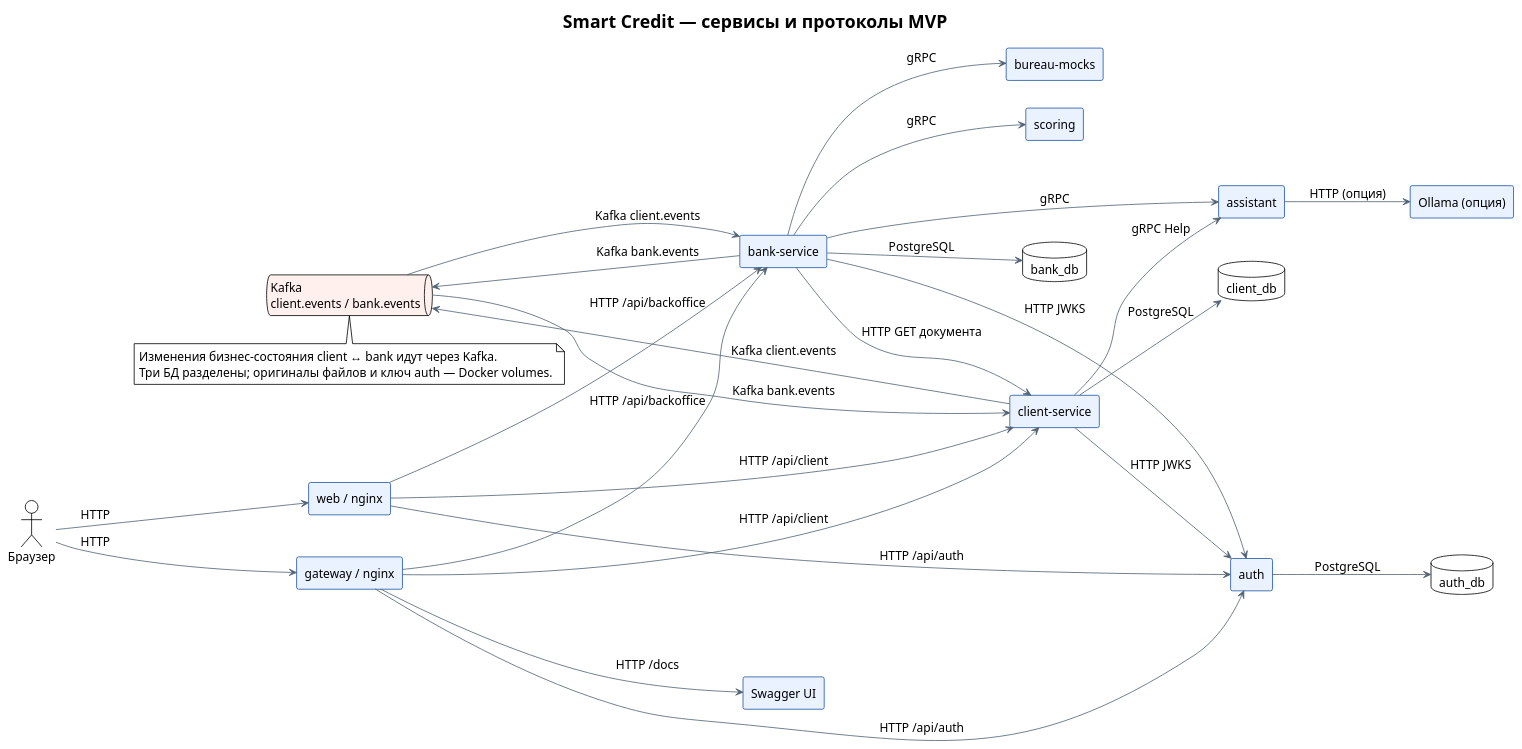
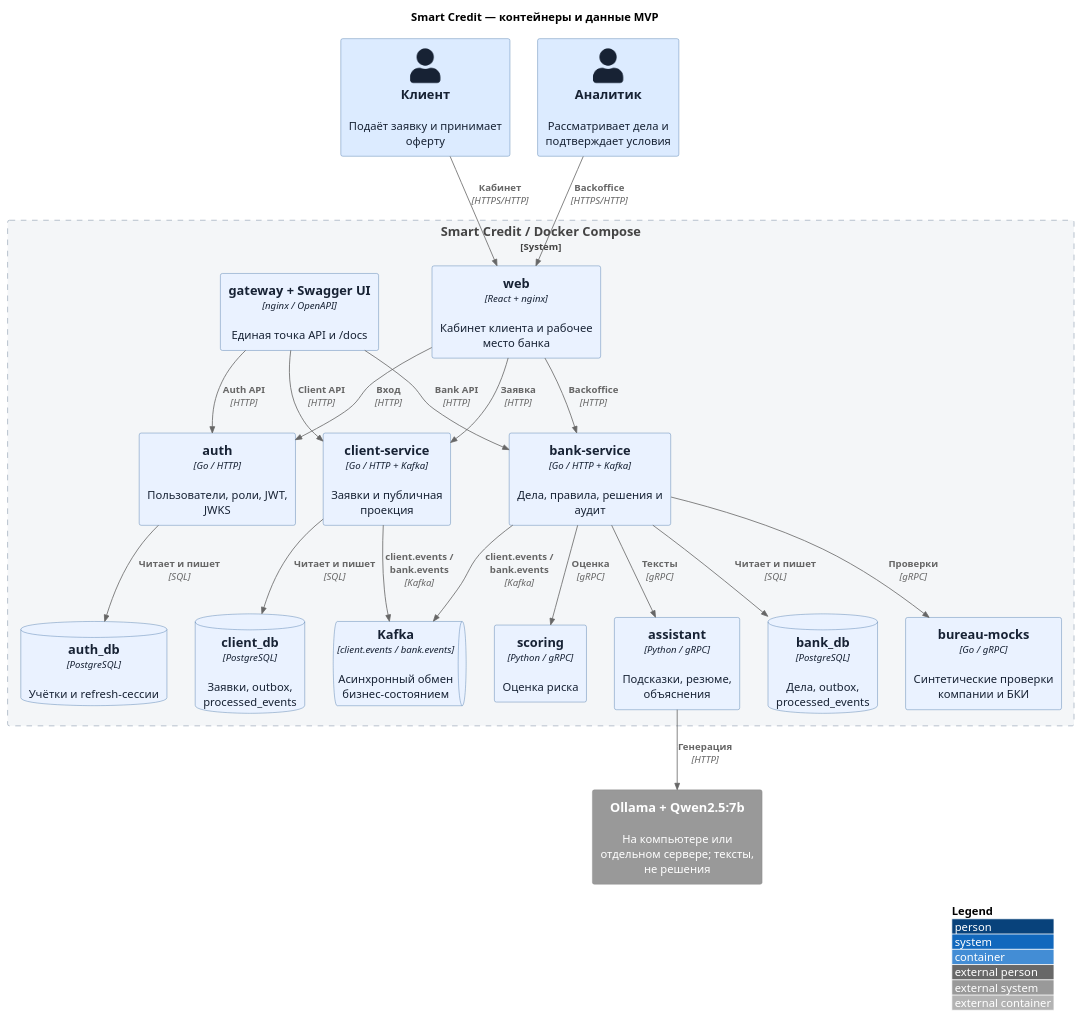
The diagram in docs/diagrams/architecture.puml (kry4onok/smart-credit), drawn with PlantUML before and after one commit. The commit also changed 26 other files, not shown here.

Commit message:
docs: rebuild project diagrams with PlantUML and clarify Ollama setup

```diff
--- a/docs/diagrams/architecture.puml
+++ b/docs/diagrams/architecture.puml
@@ -1,62 +1,52 @@
-@startuml architecture
-!theme plain
-left to right direction
-skinparam backgroundColor #FFFFFF
-skinparam shadowing false
-skinparam defaultFontName Arial
-skinparam defaultFontSize 15
-skinparam componentStyle rectangle
-skinparam componentBackgroundColor #EAF2FF
-skinparam componentBorderColor #2055A2
-skinparam databaseBackgroundColor #FFFFFF
-skinparam queueBackgroundColor #FFF0EE
-skinparam ArrowColor #506174
-hide stereotype
-title Smart Credit — сервисы и протоколы MVP
+@startuml
+!include <C4/C4_Container>
 
-actor "Браузер" as browser
-component "web / nginx" as web
-component "gateway / nginx" as gateway
-component "Swagger UI" as swagger
-component "auth" as auth
-component "client-service" as client
-component "bank-service" as bank
-queue "Kafka\nclient.events / bank.events" as kafka
-database "auth_db" as authdb
-database "client_db" as clientdb
-database "bank_db" as bankdb
-component "bureau-mocks" as bureau
-component "scoring" as scoring
-component "assistant" as assistant
-component "Ollama (опция)" as ollama
+LAYOUT_WITH_LEGEND()
+UpdateBoundaryStyle("system", $bgColor="#F4F6F8", $borderColor="#A8B4C2")
+UpdateElementStyle("person", $bgColor="#DCEBFF", $fontColor="#172234", $borderColor="#4170A5")
+UpdateElementStyle("container", $bgColor="#EAF2FF", $fontColor="#172234", $borderColor="#4170A5")
+UpdateElementStyle("container_db", $bgColor="#E7F5EF", $fontColor="#172234", $borderColor="#18704D")
 
-browser --> web : HTTP
-browser --> gateway : HTTP
-web --> auth : HTTP /api/auth
-web --> client : HTTP /api/client
-web --> bank : HTTP /api/backoffice
-gateway --> auth : HTTP /api/auth
-gateway --> client : HTTP /api/client
-gateway --> bank : HTTP /api/backoffice
-gateway --> swagger : HTTP /docs
-client --> auth : HTTP JWKS
-bank --> auth : HTTP JWKS
-auth --> authdb : PostgreSQL
-client --> clientdb : PostgreSQL
-bank --> bankdb : PostgreSQL
-client --> kafka : Kafka client.events
-kafka --> bank : Kafka client.events
-bank --> kafka : Kafka bank.events
-kafka --> client : Kafka bank.events
-bank --> client : HTTP GET документа
-bank --> bureau : gRPC
-bank --> scoring : gRPC
-bank --> assistant : gRPC
-client --> assistant : gRPC Help
-assistant --> ollama : HTTP (опция)
+title Smart Credit — контейнеры и данные MVP
 
-note bottom of kafka
-  Изменения бизнес-состояния client ↔ bank идут через Kafka.
-  Три БД разделены; оригиналы файлов и ключ auth — Docker volumes.
-end note
+Person(customer, "Клиент", "Подаёт заявку и принимает оферту")
+Person(analyst, "Аналитик", "Рассматривает дела и подтверждает условия")
+System_Ext(ollama, "Ollama + Qwen2.5:7b", "На компьютере или отдельном сервере; тексты, не решения")
+
+System_Boundary(smart_credit, "Smart Credit / Docker Compose") {
+    Container(web, "web", "React + nginx", "Кабинет клиента и рабочее место банка")
+    Container(gateway, "gateway + Swagger UI", "nginx / OpenAPI", "Единая точка API и /docs")
+
+    Container(auth, "auth", "Go / HTTP", "Пользователи, роли, JWT, JWKS")
+    ContainerDb(auth_db, "auth_db", "PostgreSQL", "Учётки и refresh-сессии")
+    Container(client, "client-service", "Go / HTTP + Kafka", "Заявки и публичная проекция")
+    ContainerDb(client_db, "client_db", "PostgreSQL", "Заявки, outbox, processed_events")
+    Container(bank, "bank-service", "Go / HTTP + Kafka", "Дела, правила, решения и аудит")
+    ContainerDb(bank_db, "bank_db", "PostgreSQL", "Дела, outbox, processed_events")
+
+    ContainerQueue(kafka, "Kafka", "client.events / bank.events", "Асинхронный обмен бизнес-состоянием")
+    Container(bureau, "bureau-mocks", "Go / gRPC", "Синтетические проверки компании и БКИ")
+    Container(scoring, "scoring", "Python / gRPC", "Оценка риска")
+    Container(assistant, "assistant", "Python / gRPC", "Подсказки, резюме, объяснения")
+}
+
+Rel(customer, web, "Кабинет", "HTTPS/HTTP")
+Rel(analyst, web, "Backoffice", "HTTPS/HTTP")
+Rel(web, auth, "Вход", "HTTP")
+Rel(web, client, "Заявка", "HTTP")
+Rel(web, bank, "Backoffice", "HTTP")
+Rel(gateway, auth, "Auth API", "HTTP")
+Rel(gateway, client, "Client API", "HTTP")
+Rel(gateway, bank, "Bank API", "HTTP")
+
+Rel(auth, auth_db, "Читает и пишет", "SQL")
+Rel(client, client_db, "Читает и пишет", "SQL")
+Rel(bank, bank_db, "Читает и пишет", "SQL")
+Rel(client, kafka, "client.events / bank.events", "Kafka")
+Rel(bank, kafka, "client.events / bank.events", "Kafka")
+Rel(bank, bureau, "Проверки", "gRPC")
+Rel(bank, scoring, "Оценка", "gRPC")
+Rel(bank, assistant, "Тексты", "gRPC")
+Rel(assistant, ollama, "Генерация", "HTTP")
+
 @enduml
```
